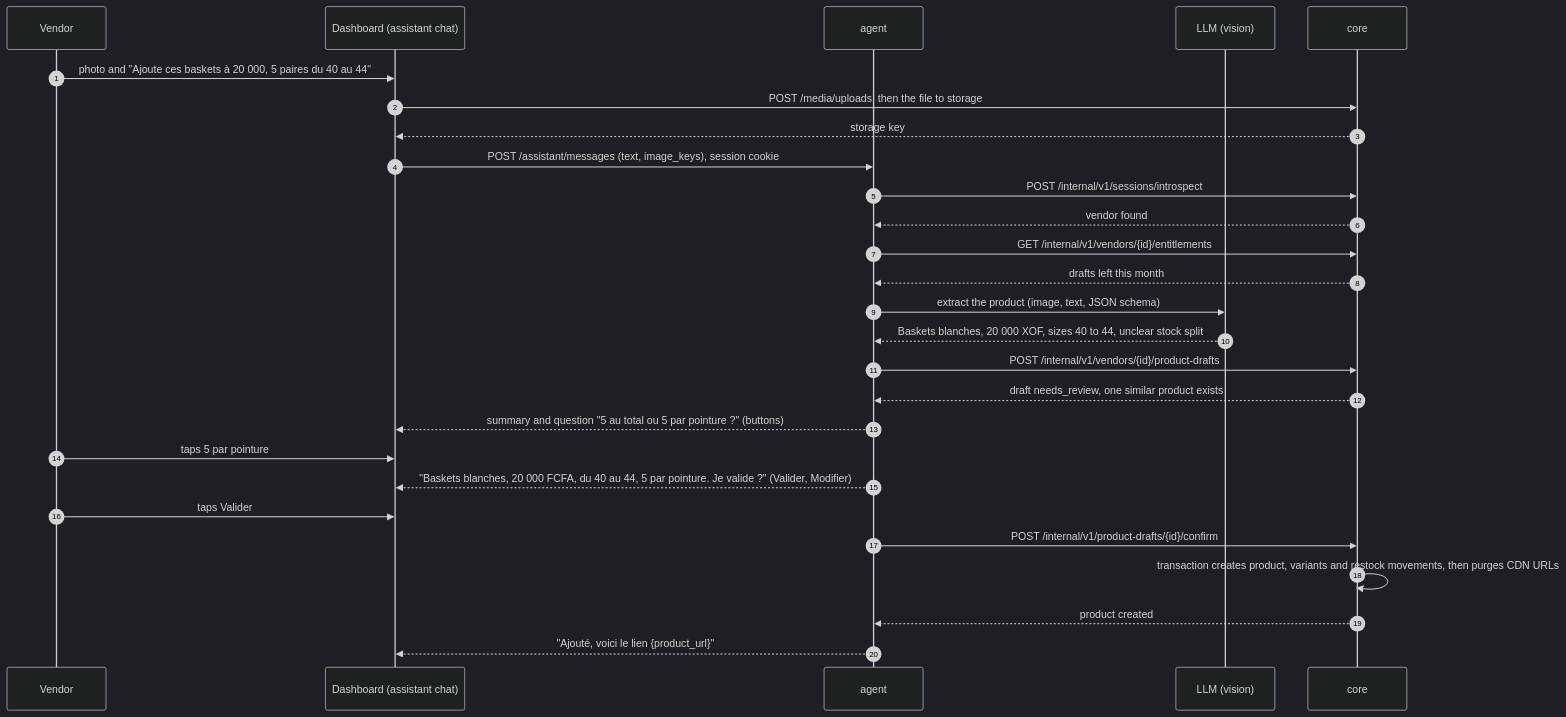
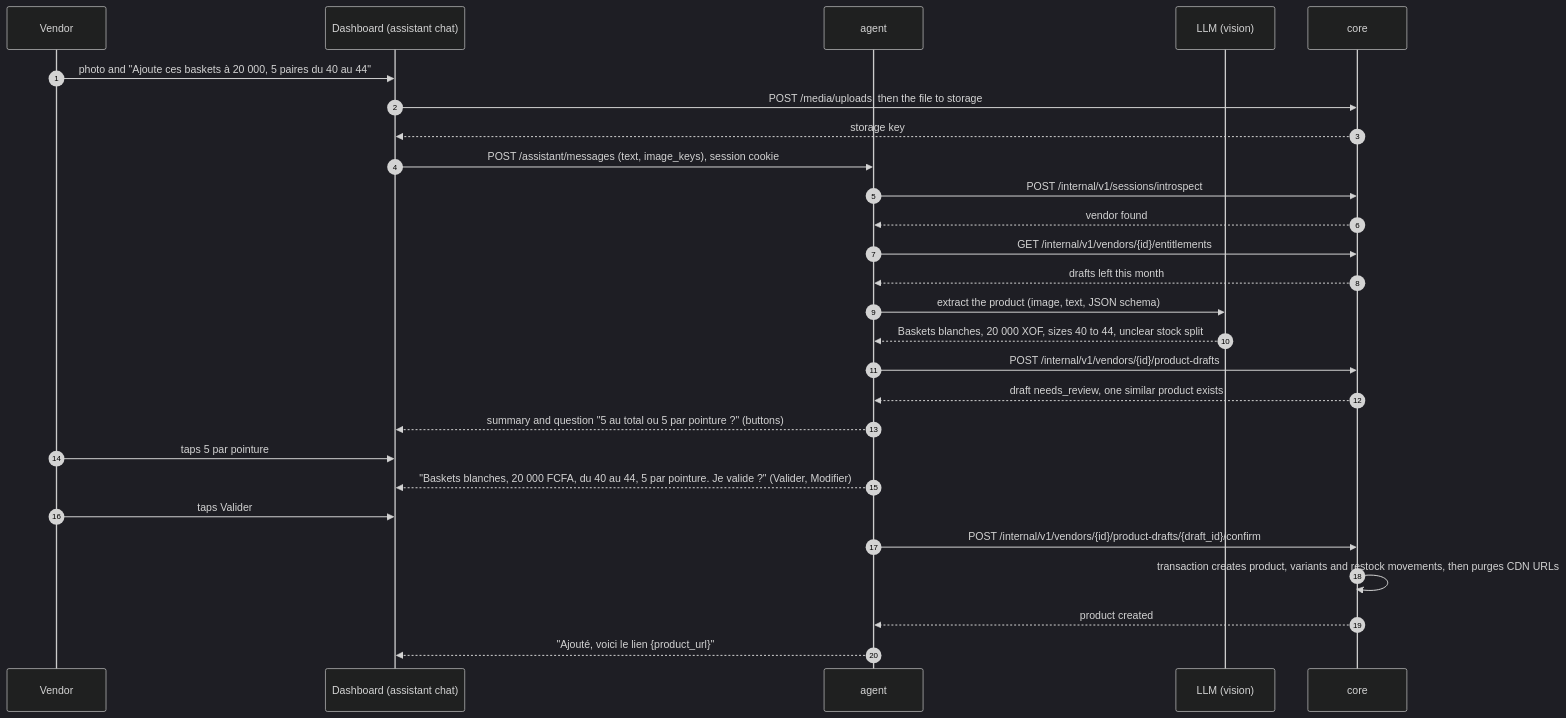
One commit to MELAS-exe/Selly changed diagram 11 of 13 in docs/architecture.md. Above: the diagram before and after it, drawn with Mermaid (dark theme). The commit also changed other lines of this file and 12 other files, not shown here.

First line of the commit message:
core: service token scopes on every internal route; draft confirm scoped to the vendor

````diff
--- a/docs/architecture.md
+++ b/docs/architecture.md
@@ -1575,29 +1577,29 @@
 ```mermaid
 sequenceDiagram
   autonumber
   participant V as Vendor
   participant D as Dashboard (assistant chat)
   participant A as agent
   participant L as LLM (vision)
   participant K as core
   V->>D: photo and "Ajoute ces baskets à 20 000, 5 paires du 40 au 44"
   D->>K: POST /media/uploads, then the file to storage
   K-->>D: storage key
   D->>A: POST /assistant/messages (text, image_keys), session cookie
   A->>K: POST /internal/v1/sessions/introspect
   K-->>A: vendor found
   A->>K: GET /internal/v1/vendors/{id}/entitlements
   K-->>A: drafts left this month
   A->>L: extract the product (image, text, JSON schema)
   L-->>A: Baskets blanches, 20 000 XOF, sizes 40 to 44, unclear stock split
   A->>K: POST /internal/v1/vendors/{id}/product-drafts
   K-->>A: draft needs_review, one similar product exists
   A-->>D: summary and question "5 au total ou 5 par pointure ?" (buttons)
   V->>D: taps 5 par pointure
   A-->>D: "Baskets blanches, 20 000 FCFA, du 40 au 44, 5 par pointure. Je valide ?" (Valider, Modifier)
   V->>D: taps Valider
-  A->>K: POST /internal/v1/product-drafts/{id}/confirm
+  A->>K: POST /internal/v1/vendors/{id}/product-drafts/{draft_id}/confirm
   K->>K: transaction creates product, variants and restock movements, then purges CDN URLs
   K-->>A: product created
   A-->>D: "Ajouté, voici le lien {product_url}"
 ```
````
